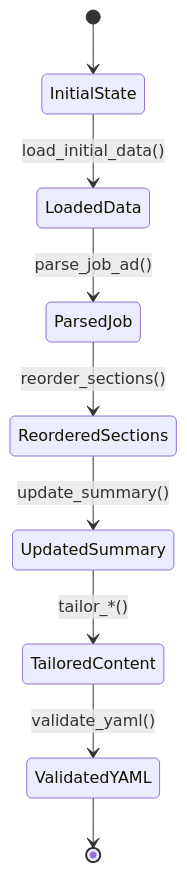
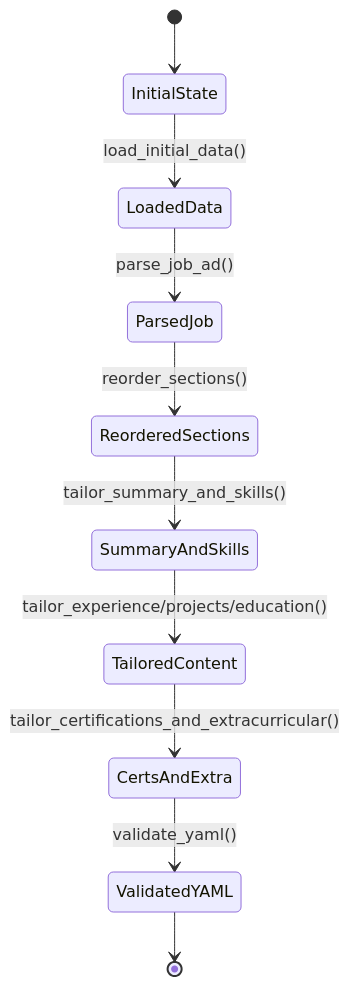
Before and after one commit to nigelnuique/resume_agent: the second of 2 diagrams in DEVELOPER_GUIDE.md, drawn with Mermaid. The commit also changed other lines of this file and 13 other files, not shown here.

First line of the commit message:
Replace YAML editor with form-based UI, upgrade to GPT-5, merge certs+extra node

````diff
--- a/DEVELOPER_GUIDE.md
+++ b/DEVELOPER_GUIDE.md
@@ -137,11 +134,12 @@
 ```mermaid
 stateDiagram-v2
     [*] --> InitialState
     InitialState --> LoadedData: load_initial_data()
     LoadedData --> ParsedJob: parse_job_ad()
     ParsedJob --> ReorderedSections: reorder_sections()
-    ReorderedSections --> UpdatedSummary: update_summary()
-    UpdatedSummary --> TailoredContent: tailor_*()
-    TailoredContent --> ValidatedYAML: validate_yaml()
+    ReorderedSections --> SummaryAndSkills: tailor_summary_and_skills()
+    SummaryAndSkills --> TailoredContent: tailor_experience/projects/education()
+    TailoredContent --> CertsAndExtra: tailor_certifications_and_extracurricular()
+    CertsAndExtra --> ValidatedYAML: validate_yaml()
     ValidatedYAML --> [*]
 ```
````
